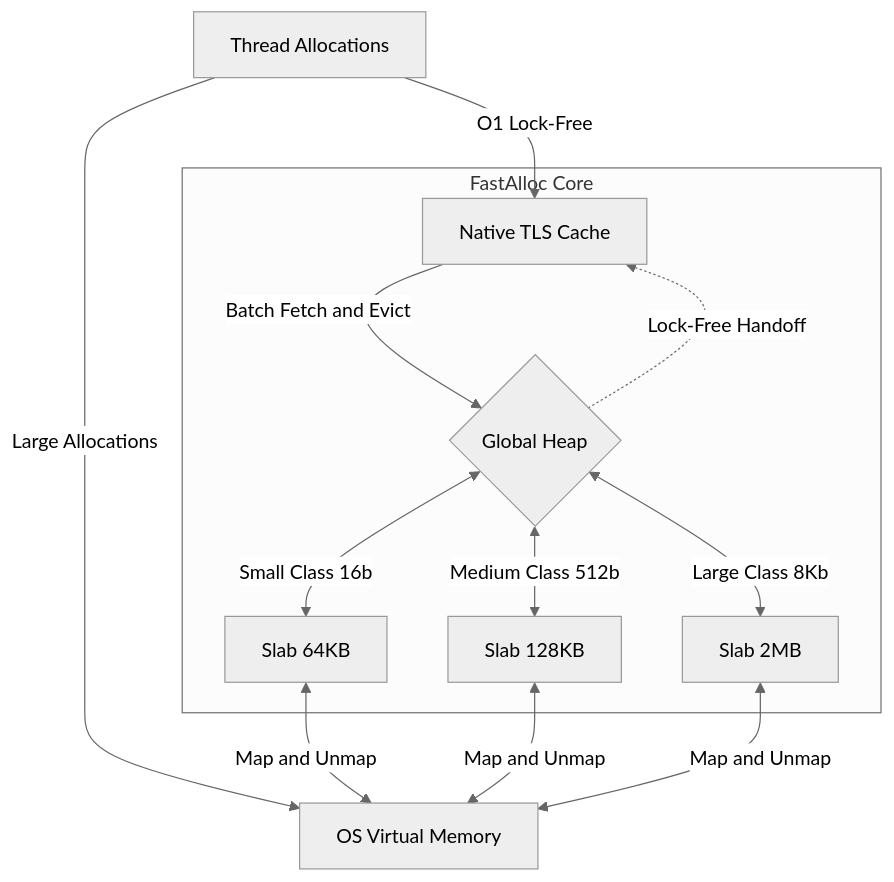
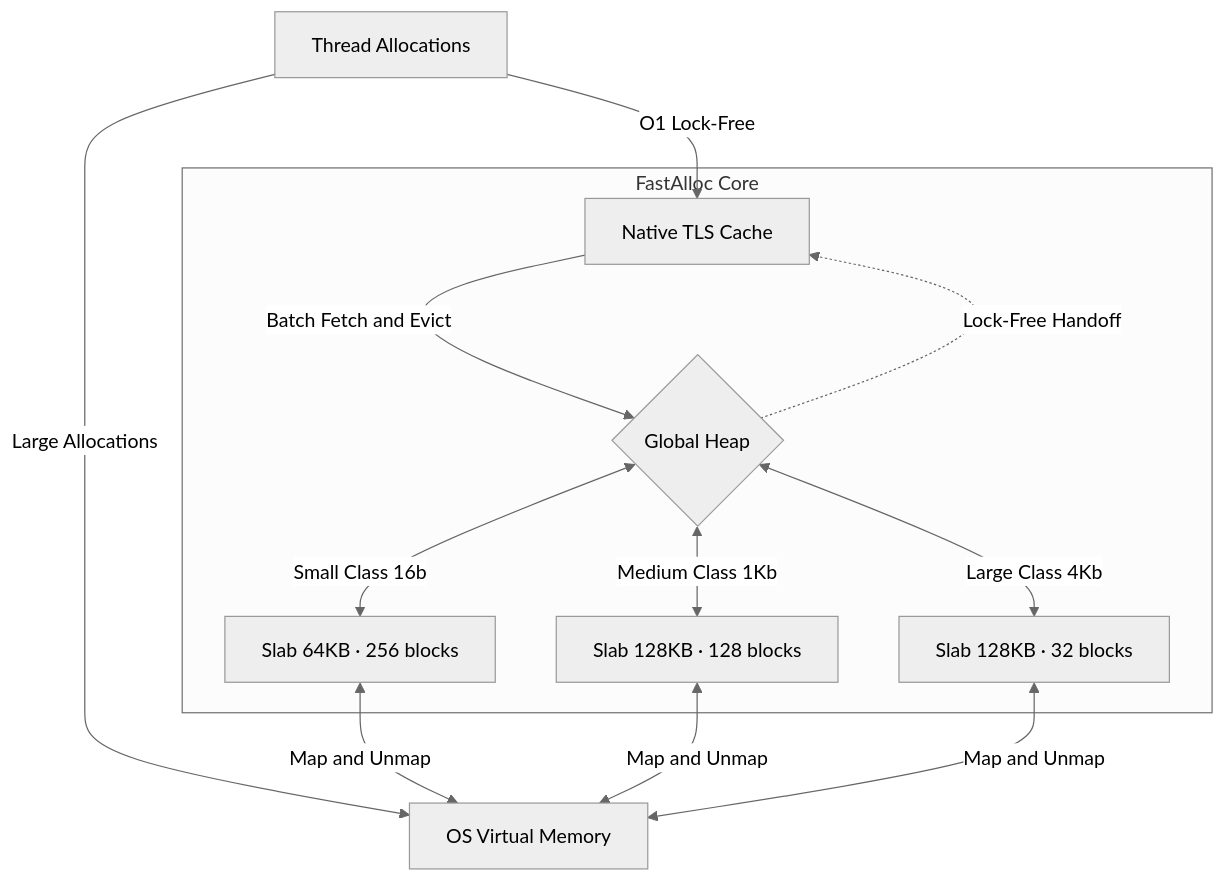
One commit to Komal-ai417/FastAlloc changed the diagram in README.md. Above: the diagram before and after it, drawn with Mermaid (neutral theme). The commit also changed other lines of this file and 3 other files, not shown here.

````diff
--- a/README.md
+++ b/README.md
@@ -25,18 +26,18 @@
 ```mermaid
 flowchart TD
     User[Thread Allocations] -->|O1 Lock-Free| TLS[Native TLS Cache]
     User -->|Large Allocations| OS
     
     subgraph FastAlloc Core
         TLS -->|Batch Fetch and Evict| GH{Global Heap}
         GH -.->|Lock-Free Handoff| TLS
         
-        GH <-->|Small Class 16b| S1[Slab 64KB]
-        GH <-->|Medium Class 512b| S2[Slab 128KB]
-        GH <-->|Large Class 8Kb| S3[Slab 2MB]
+        GH <-->|Small Class 16b| S1[Slab 64KB · 256 blocks]
+        GH <-->|Medium Class 1Kb| S2[Slab 128KB · 128 blocks]
+        GH <-->|Large Class 4Kb| S3[Slab 128KB · 32 blocks]
     end
     
     S1 <-->|Map and Unmap| OS[OS Virtual Memory]
     S2 <-->|Map and Unmap| OS
     S3 <-->|Map and Unmap| OS
 ```
````
